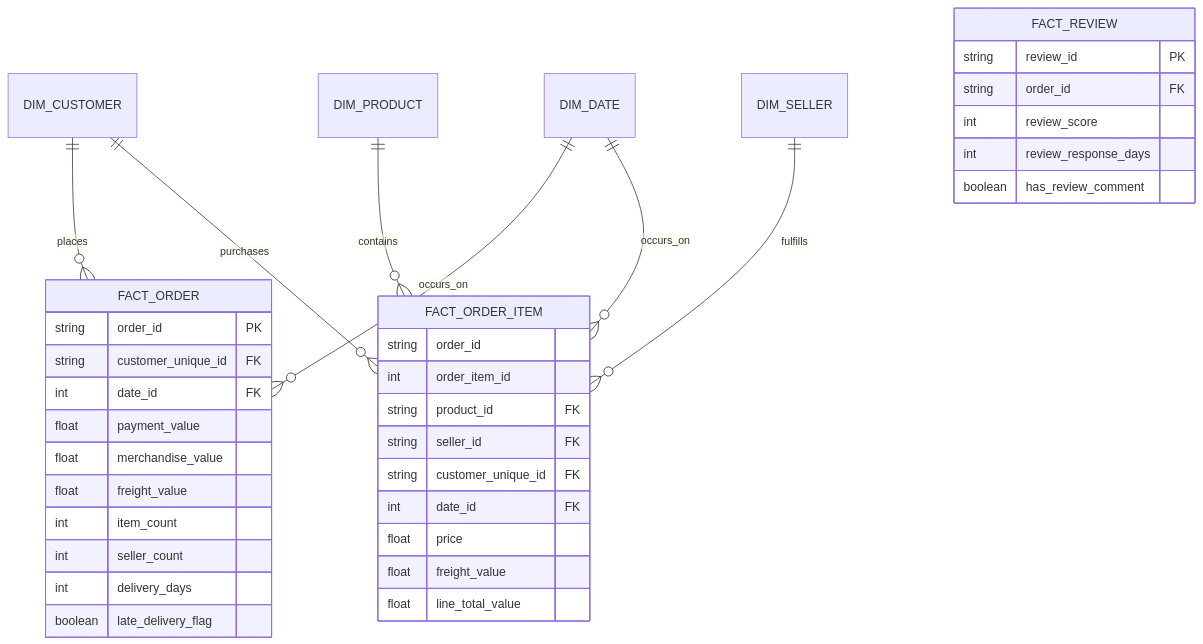
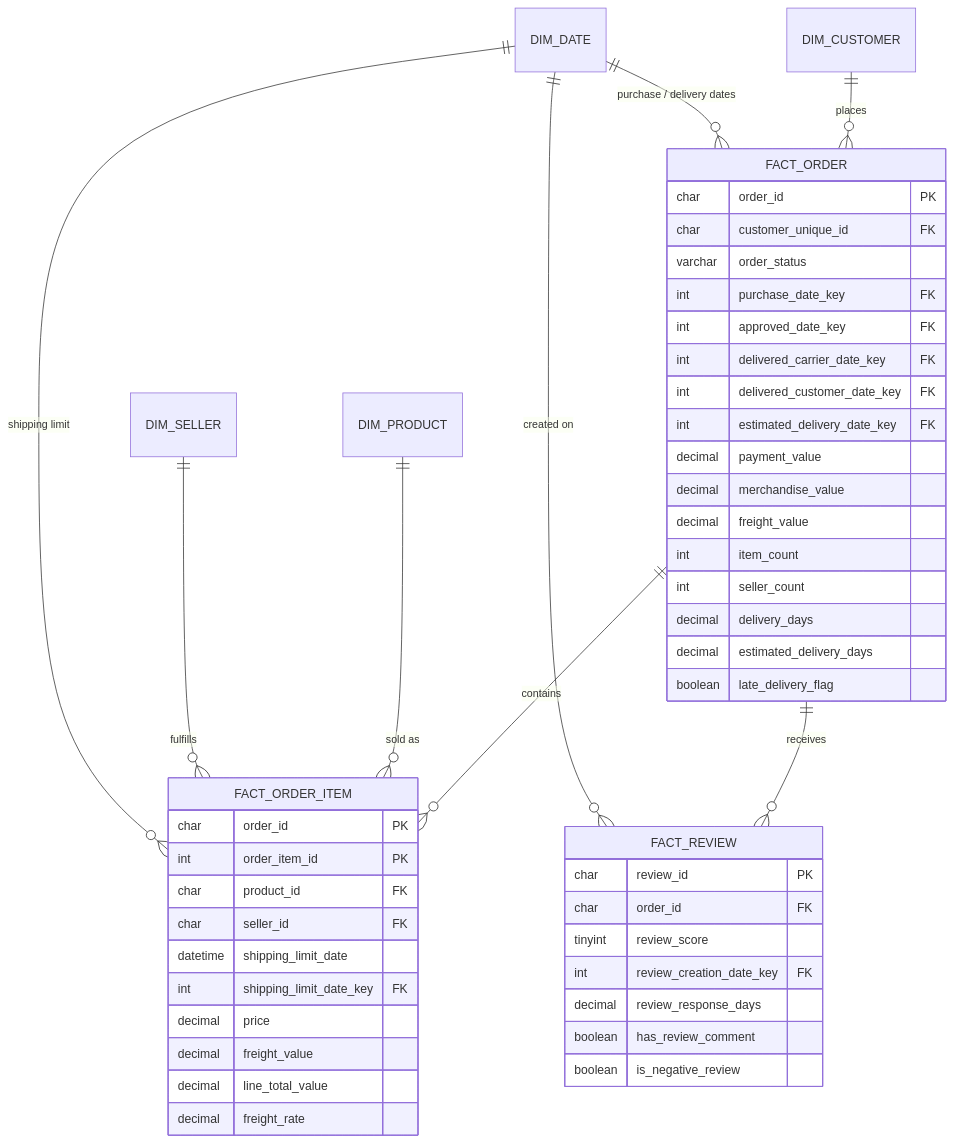
The diagram in docs/dbschema.md (despoileralert/sales-intelligence-platform), drawn with Mermaid before and after one commit. The commit also changed 11 other files, not shown here.

````diff
--- a/docs/dbschema.md
+++ b/docs/dbschema.md
@@ -1,52 +7,53 @@
 ```mermaid
 erDiagram
     DIM_CUSTOMER ||--o{ FACT_ORDER : places
-    DIM_CUSTOMER ||--o{ FACT_ORDER_ITEM : purchases
-
-    DIM_PRODUCT ||--o{ FACT_ORDER_ITEM : contains
-
+    DIM_DATE ||--o{ FACT_ORDER : "purchase / delivery dates"
+    FACT_ORDER ||--o{ FACT_ORDER_ITEM : contains
+    FACT_ORDER ||--o{ FACT_REVIEW : receives
+    DIM_PRODUCT ||--o{ FACT_ORDER_ITEM : "sold as"
     DIM_SELLER ||--o{ FACT_ORDER_ITEM : fulfills
-
-    DIM_DATE ||--o{ FACT_ORDER : occurs_on
-    DIM_DATE ||--o{ FACT_ORDER_ITEM : occurs_on
+    DIM_DATE ||--o{ FACT_ORDER_ITEM : "shipping limit"
+    DIM_DATE ||--o{ FACT_REVIEW : "created on"
 
     FACT_ORDER {
-        string order_id PK
-        string customer_unique_id FK
-        int date_id FK
-
-        float payment_value
-        float merchandise_value
-        float freight_value
-
+        char order_id PK
+        char customer_unique_id FK
+        varchar order_status
+        int purchase_date_key FK
+        int approved_date_key FK
+        int delivered_carrier_date_key FK
+        int delivered_customer_date_key FK
+        int estimated_delivery_date_key FK
+        decimal payment_value
+        decimal merchandise_value
+        decimal freight_value
         int item_count
         int seller_count
-
-        int delivery_days
+        decimal delivery_days
+        decimal estimated_delivery_days
         boolean late_delivery_flag
     }
 
     FACT_ORDER_ITEM {
-        string order_id
-        int order_item_id
-
-        string product_id FK
-        string seller_id FK
-        string customer_unique_id FK
-
-        int date_id FK
-
-        float price
-        float freight_value
-        float line_total_value
+        char order_id PK
+        int order_item_id PK
+        char product_id FK
+        char seller_id FK
+        datetime shipping_limit_date
+        int shipping_limit_date_key FK
+        decimal price
+        decimal freight_value
+        decimal line_total_value
+        decimal freight_rate
     }
 
     FACT_REVIEW {
-        string review_id PK
-        string order_id FK
-
-        int review_score
-        int review_response_days
+        char review_id PK
+        char order_id FK
+        tinyint review_score
+        int review_creation_date_key FK
+        decimal review_response_days
         boolean has_review_comment
+        boolean is_negative_review
     }
 ```
````
